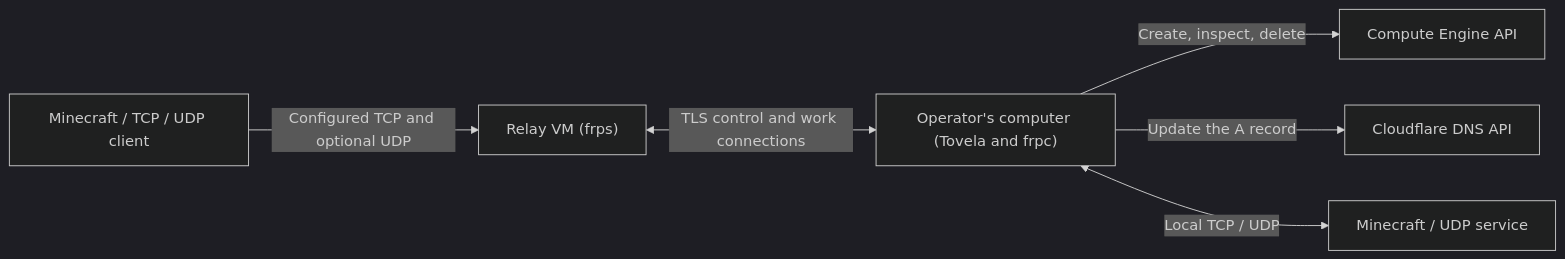
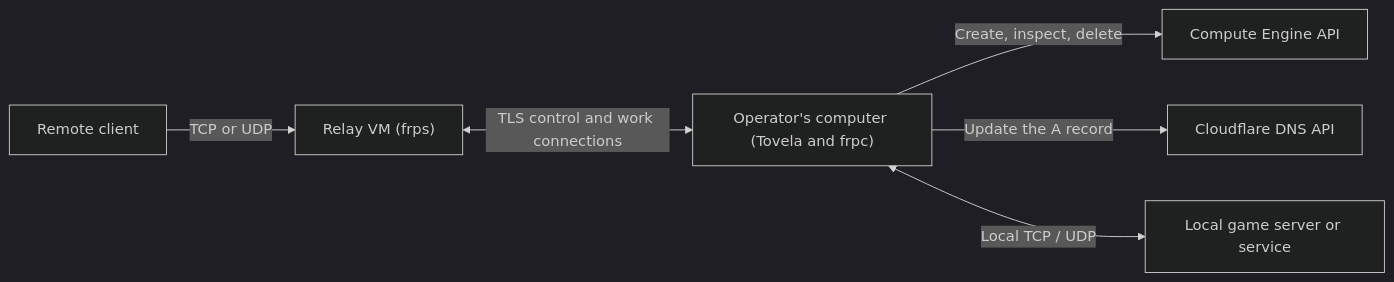
The diagram in docs/design.md (sya-ri/tovela), drawn with Mermaid (dark theme) before and after one commit. The commit also changed other lines of this file and 1 other file, not shown here.

Commit message:
docs: Document ports for Minecraft and other game servers

````diff
--- a/docs/design.md
+++ b/docs/design.md
@@ -7,8 +7,8 @@
 ```mermaid
 flowchart LR
-    Client["Minecraft / TCP / UDP client"] -->|"Configured TCP and optional UDP"| VM["Relay VM (frps)"]
+    Client["Remote client"] -->|"TCP or UDP"| VM["Relay VM (frps)"]
     VM <-->|"TLS control and work connections"| Local["Operator's computer (Tovela and frpc)"]
     Local -->|"Create, inspect, delete"| GCE["Compute Engine API"]
     Local -->|"Update the A record"| DNS["Cloudflare DNS API"]
-    Local <-->|"Local TCP / UDP"| Server["Minecraft / UDP service"]
+    Local <-->|"Local TCP / UDP"| Server["Local game server or service"]
 ```
````
